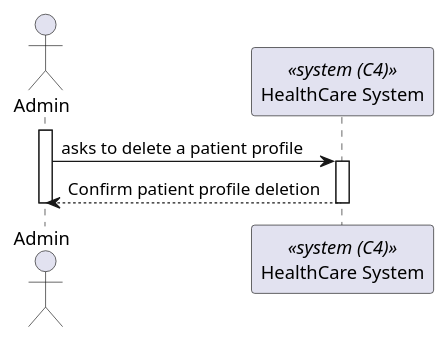
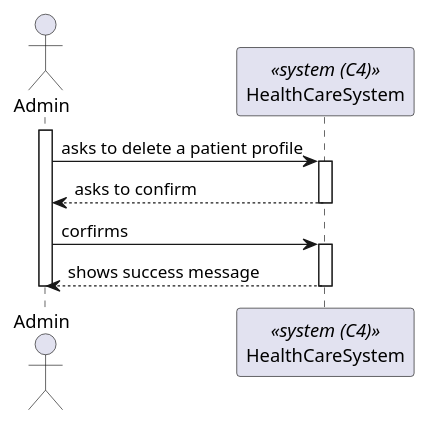
The diagram in docs/sprintB/PatientProfileDelete/views/level1/process-view.puml (Lapr5G21/sem5pi-24-25-3ddg21), drawn with PlantUML before and after one commit. The commit also changed 10 other files, not shown here.

Commit message:
patient profile delete - sprint b docs

```diff
--- a/docs/sprintB/PatientProfileDelete/views/level1/process-view.puml
+++ b/docs/sprintB/PatientProfileDelete/views/level1/process-view.puml
@@ -1,18 +1,23 @@
 @startuml PatientProfileDelete(level1)
 
-actor Admin as "Admin"
-participant SYS as "HealthCare System" <<system (C4)>>
+actor "Admin" as Admin
+participant HealthCareSystem as "HealthCareSystem" <<system (C4)>>
 
-activate Admin 
+activate Admin
+    
+    Admin -> HealthCareSystem : asks to delete a patient profile
+    activate HealthCareSystem
 
-Admin -> SYS : asks to delete a patient profile
+    HealthCareSystem --> Admin : asks to confirm
+    deactivate HealthCareSystem
 
-activate SYS 
-
-SYS --> Admin : Confirm patient profile deletion
-
-deactivate SYS
+    Admin -> HealthCareSystem : corfirms
+    activate HealthCareSystem 
+    
+    HealthCareSystem --> Admin: shows success message
+    deactivate HealthCareSystem
+    
 deactivate Admin
 
 
 @enduml
```
